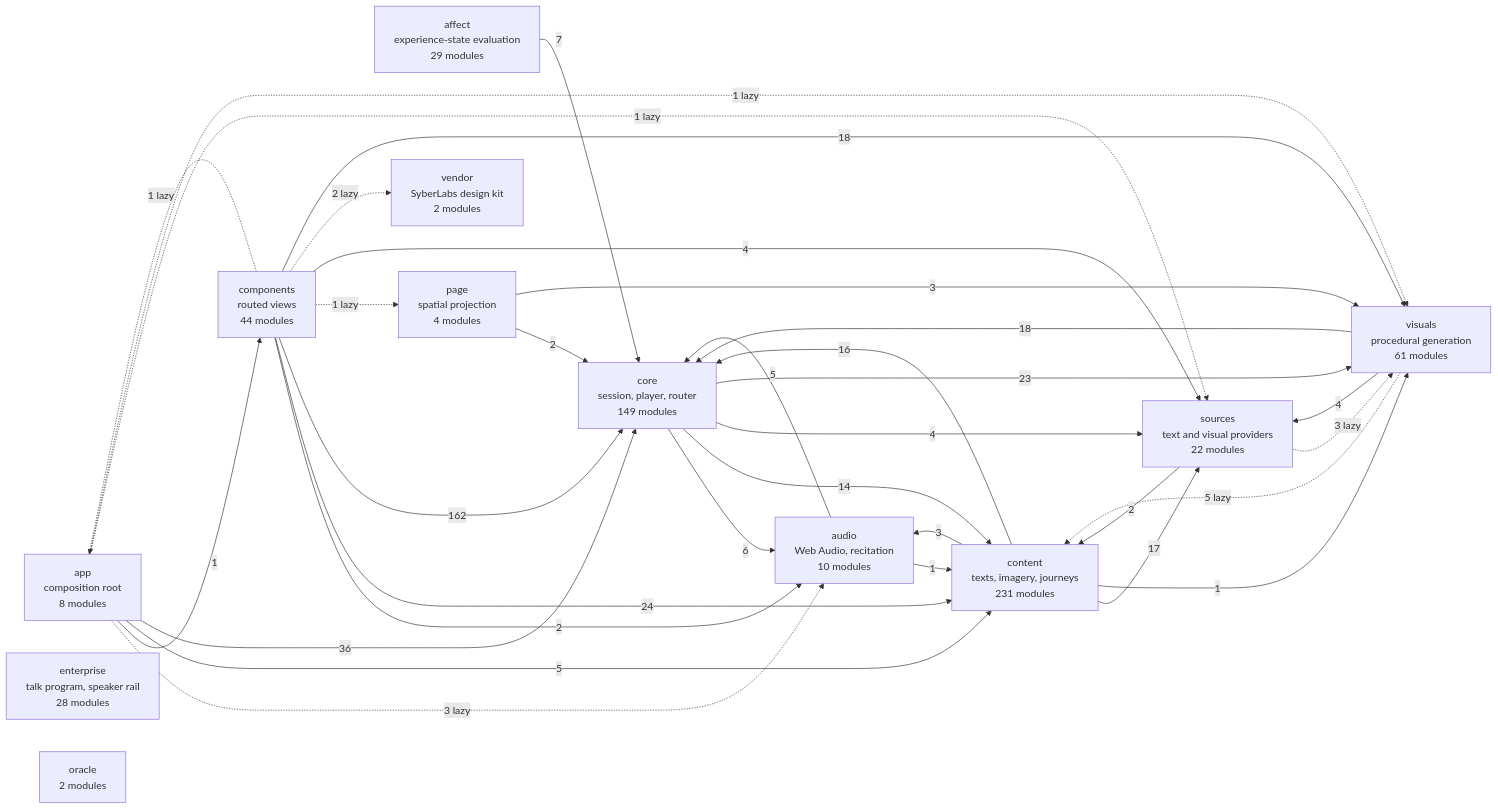
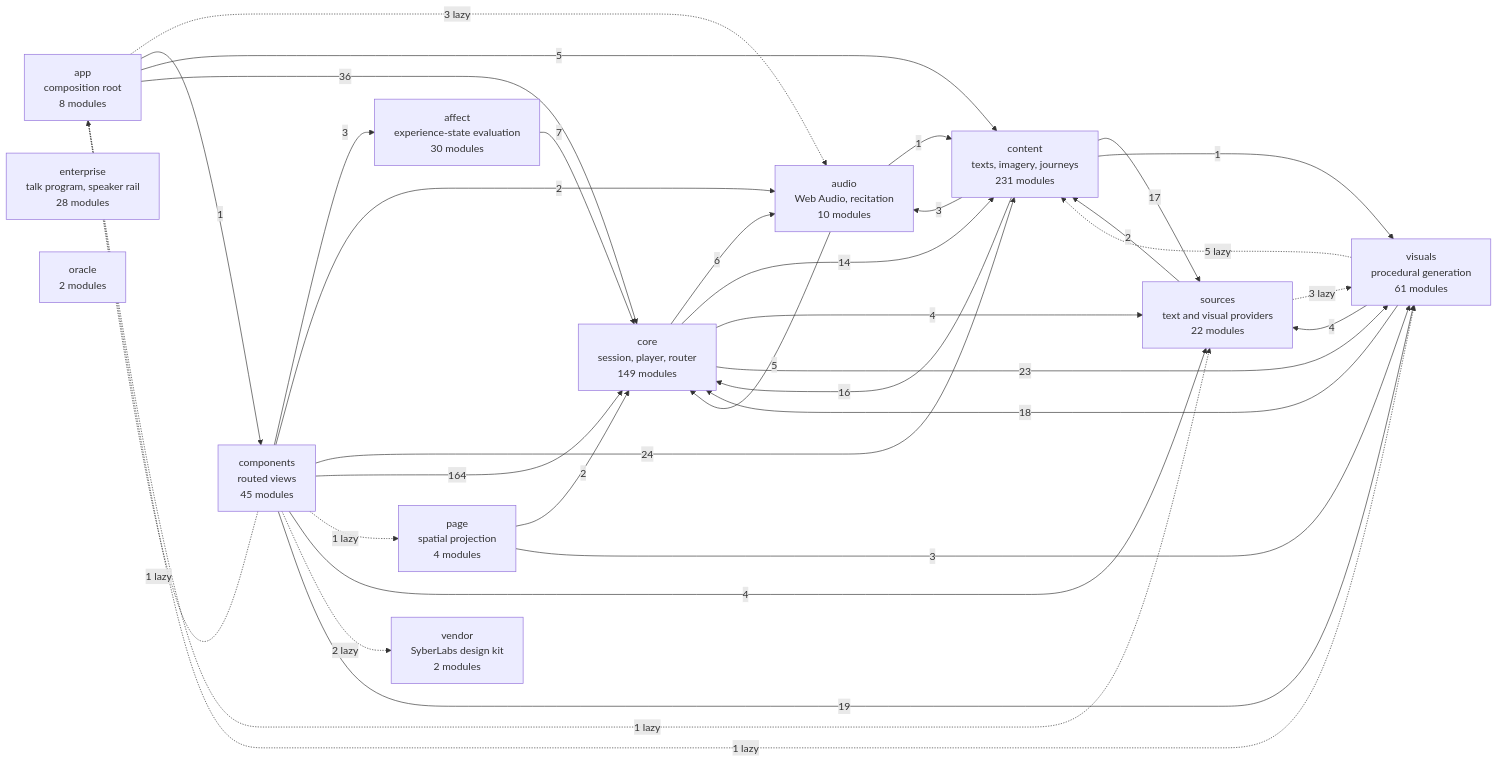
Before and after one commit to SyberLabs/RISE: the diagram in docs/specs/ARCHITECTURE.md, drawn with Mermaid. The commit also changed other lines of this file and 13 other files, not shown here.

````diff
--- a/docs/specs/ARCHITECTURE.md
+++ b/docs/specs/ARCHITECTURE.md
@@ -160,48 +160,49 @@
 ```mermaid
 flowchart LR
-    affect["affect<br/>experience-state evaluation<br/>29 modules"]
+    affect["affect<br/>experience-state evaluation<br/>30 modules"]
     app["app<br/>composition root<br/>8 modules"]
     audio["audio<br/>Web Audio, recitation<br/>10 modules"]
-    components["components<br/>routed views<br/>44 modules"]
+    components["components<br/>routed views<br/>45 modules"]
     content["content<br/>texts, imagery, journeys<br/>231 modules"]
     core["core<br/>session, player, router<br/>149 modules"]
     enterprise["enterprise<br/>talk program, speaker rail<br/>28 modules"]
     oracle["oracle<br/>2 modules"]
     page["page<br/>spatial projection<br/>4 modules"]
     sources["sources<br/>text and visual providers<br/>22 modules"]
     vendor["vendor<br/>SyberLabs design kit<br/>2 modules"]
     visuals["visuals<br/>procedural generation<br/>61 modules"]
 
     affect --> |7| core
     app -.-> |3 lazy| audio
     app --> |1| components
     app --> |5| content
     app --> |36| core
     app -.-> |1 lazy| sources
     app -.-> |1 lazy| visuals
     audio --> |1| content
     audio --> |5| core
+    components --> |3| affect
     components -.-> |1 lazy| app
     components --> |2| audio
     components --> |24| content
-    components --> |162| core
+    components --> |164| core
     components -.-> |1 lazy| page
     components --> |4| sources
     components -.-> |2 lazy| vendor
-    components --> |18| visuals
+    components --> |19| visuals
     content --> |3| audio
     content --> |16| core
     content --> |17| sources
     content --> |1| visuals
     core --> |6| audio
     core --> |14| content
     core --> |4| sources
     core --> |23| visuals
     page --> |2| core
     page --> |3| visuals
     sources --> |2| content
     sources -.-> |3 lazy| visuals
     visuals -.-> |5 lazy| content
     visuals --> |18| core
     visuals --> |4| sources
 ```
````
